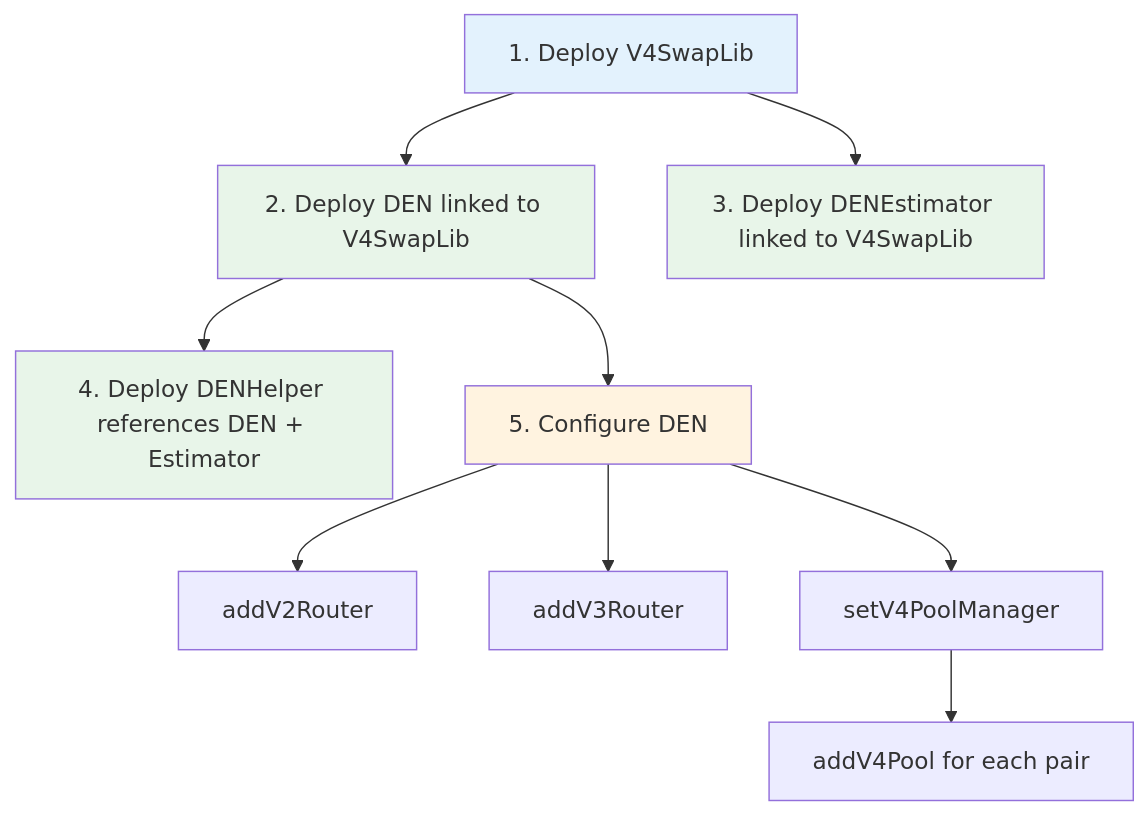
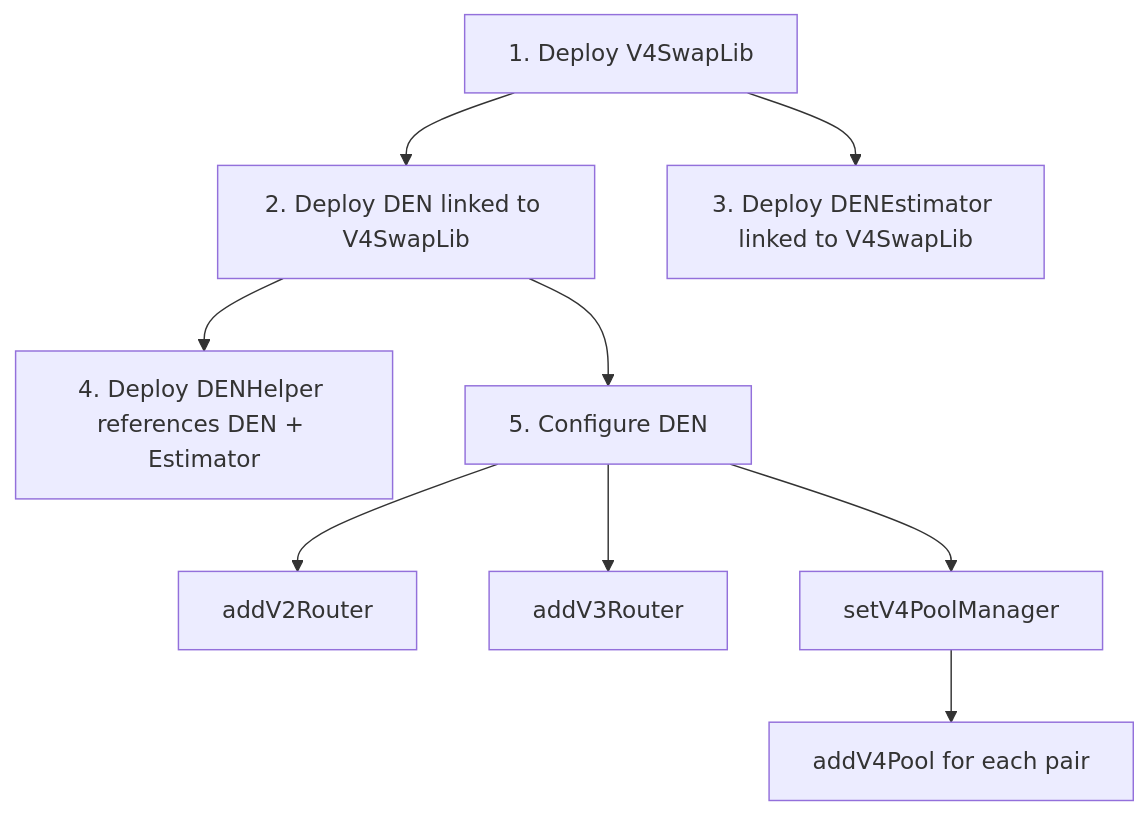
Before and after one commit to davidwyly/DEN: diagram 11 of 11 in README.md, drawn with Mermaid. The commit also changed other lines of this file, not shown here.

Commit message:
removed hardcoded colors from mermaid diagrams for dark mode support

````diff
--- a/README.md
+++ b/README.md
@@ -629,17 +608,11 @@
 ```mermaid
 flowchart TD
     A[1. Deploy V4SwapLib] --> B[2. Deploy DEN linked to V4SwapLib]
     A --> C[3. Deploy DENEstimator linked to V4SwapLib]
     B --> D[4. Deploy DENHelper references DEN + Estimator]
     B --> E[5. Configure DEN]
     E --> F[addV2Router]
     E --> G[addV3Router]
     E --> H[setV4PoolManager]
     H --> I[addV4Pool for each pair]
-
-    style A fill:#e3f2fd
-    style B fill:#e8f5e9
-    style C fill:#e8f5e9
-    style D fill:#e8f5e9
-    style E fill:#fff3e0
 ```
````
